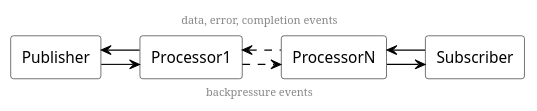
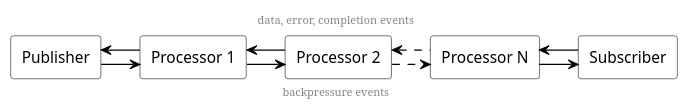
The diagram in images/stream_diagram.puml (ti-cortex-m4/demo-java-reactive-streams-old), drawn with PlantUML before and after one commit.

```diff
--- a/images/stream_diagram.puml
+++ b/images/stream_diagram.puml
@@ -1,38 +1,47 @@
 @startuml
 
 skinparam linetype ortho
 skinparam RectangleBackgroundColor white
 skinparam RectangleBorderColor black
 skinparam RectangleFontName Source Sans Pro
 skinparam ArrowColor black
 
 center header
 data, error, completion events
 end header
 
 center footer
 backpressure events
 end footer
 
 rectangle Publisher {
 }
 
-rectangle Processor1 {
-}
+rectangle Processor1 [
+  Processor 1
+]
 
-rectangle ProcessorN {
-}
+rectangle Processor2 [
+  Processor 2
+]
+
+rectangle ProcessorN [
+  Processor N
+]
 
 rectangle Subscriber {
 }
 
 Publisher <- Processor1
 Publisher -right> Processor1
 
-Processor1 <. ProcessorN
-Processor1 .right> ProcessorN
+Processor1 <- Processor2
+Processor1 -right> Processor2
+
+Processor2 <. ProcessorN
+Processor2 .right> ProcessorN
 
 ProcessorN <- Subscriber
 ProcessorN -right> Subscriber
 
 @enduml
```
